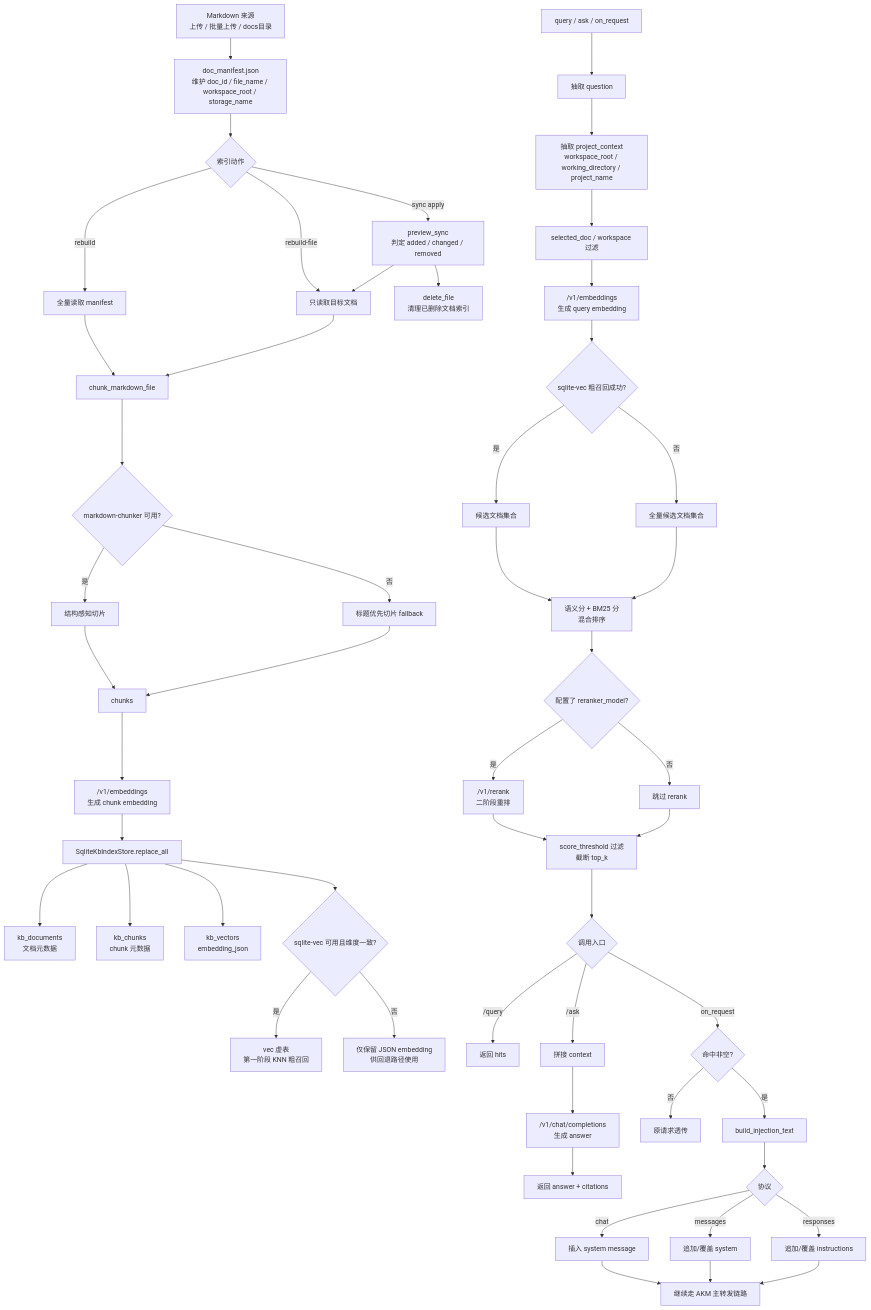
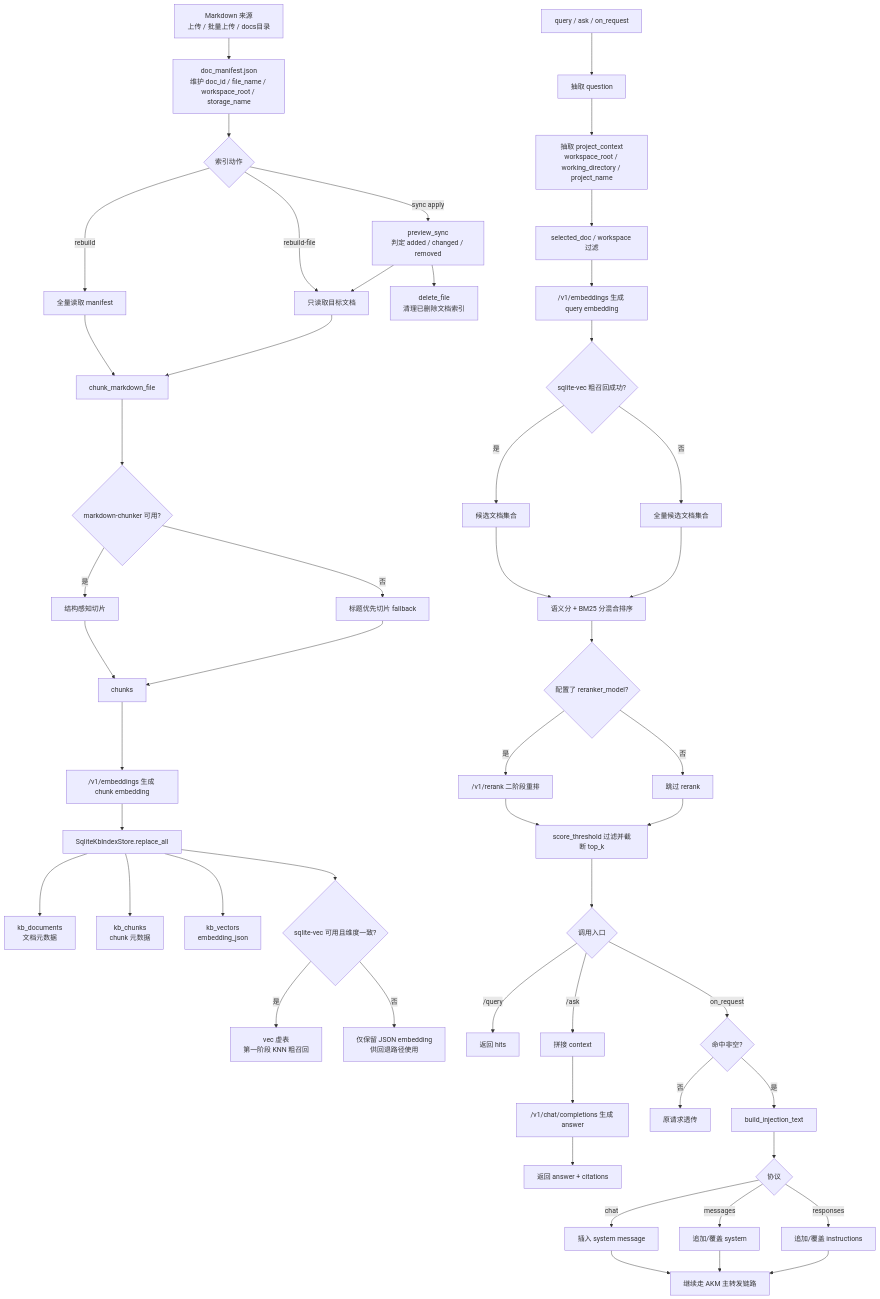
The diagram in docs/design/markdown-kb-plugin.md (nkHub/akm), drawn with Mermaid before and after one commit. The commit also changed 1 other file, not shown here.

Commit message:
fix markdown kb mermaid diagrams

````diff
--- a/docs/design/markdown-kb-plugin.md
+++ b/docs/design/markdown-kb-plugin.md
@@ -944,58 +944,58 @@
 ```mermaid
 flowchart TD
-    A["Markdown 来源\n上传 / 批量上传 / docs目录"] --> B["doc_manifest.json\n维护 doc_id / file_name / workspace_root / storage_name"]
+    A["Markdown 来源<br/>上传 / 批量上传 / docs目录"] --> B["doc_manifest.json<br/>维护 doc_id / file_name / workspace_root / storage_name"]
     B --> C{"索引动作"}
     C -->|rebuild| D["全量读取 manifest"]
     C -->|rebuild-file| E["只读取目标文档"]
-    C -->|sync apply| F["preview_sync\n判定 added / changed / removed"]
+    C -->|sync apply| F["preview_sync<br/>判定 added / changed / removed"]
     F --> E
-    F --> G["delete_file\n清理已删除文档索引"]
+    F --> G["delete_file<br/>清理已删除文档索引"]
 
     D --> H["chunk_markdown_file"]
     E --> H
     H --> I{"markdown-chunker 可用?"}
     I -->|是| J["结构感知切片"]
     I -->|否| K["标题优先切片 fallback"]
     J --> L["chunks"]
     K --> L
 
-    L --> M["/v1/embeddings\n生成 chunk embedding"]
+    L --> M["/v1/embeddings 生成 chunk embedding"]
     M --> N["SqliteKbIndexStore.replace_all"]
-    N --> O["kb_documents\n文档元数据"]
-    N --> P["kb_chunks\nchunk 元数据"]
-    N --> Q["kb_vectors\nembedding_json"]
+    N --> O["kb_documents<br/>文档元数据"]
+    N --> P["kb_chunks<br/>chunk 元数据"]
+    N --> Q["kb_vectors<br/>embedding_json"]
     N --> R{"sqlite-vec 可用且维度一致?"}
-    R -->|是| S["vec 虚表\n第一阶段 KNN 粗召回"]
-    R -->|否| T["仅保留 JSON embedding\n供回退路径使用"]
+    R -->|是| S["vec 虚表<br/>第一阶段 KNN 粗召回"]
+    R -->|否| T["仅保留 JSON embedding<br/>供回退路径使用"]
 
     U["query / ask / on_request"] --> V["抽取 question"]
-    V --> W["抽取 project_context\nworkspace_root / working_directory / project_name"]
+    V --> W["抽取 project_context<br/>workspace_root / working_directory / project_name"]
     W --> X["selected_doc / workspace 过滤"]
-    X --> Y["/v1/embeddings\n生成 query embedding"]
+    X --> Y["/v1/embeddings 生成 query embedding"]
     Y --> Z{"sqlite-vec 粗召回成功?"}
     Z -->|是| AA["候选文档集合"]
     Z -->|否| AB["全量候选文档集合"]
-    AA --> AC["语义分 + BM25 分\n混合排序"]
+    AA --> AC["语义分 + BM25 分混合排序"]
     AB --> AC
     AC --> AD{"配置了 reranker_model?"}
-    AD -->|是| AE["/v1/rerank\n二阶段重排"]
+    AD -->|是| AE["/v1/rerank 二阶段重排"]
     AD -->|否| AF["跳过 rerank"]
-    AE --> AG["score_threshold 过滤\n截断 top_k"]
+    AE --> AG["score_threshold 过滤并截断 top_k"]
     AF --> AG
 
     AG --> AH{"调用入口"}
     AH -->|/query| AI["返回 hits"]
     AH -->|/ask| AJ["拼接 context"]
-    AJ --> AK["/v1/chat/completions\n生成 answer"]
+    AJ --> AK["/v1/chat/completions 生成 answer"]
     AK --> AL["返回 answer + citations"]
     AH -->|on_request| AM{"命中非空?"}
     AM -->|否| AN["原请求透传"]
     AM -->|是| AO["build_injection_text"]
     AO --> AP{"协议"}
     AP -->|chat| AQ["插入 system message"]
     AP -->|messages| AR["追加/覆盖 system"]
     AP -->|responses| AS["追加/覆盖 instructions"]
     AQ --> AT["继续走 AKM 主转发链路"]
     AR --> AT
     AS --> AT
 ```
````
